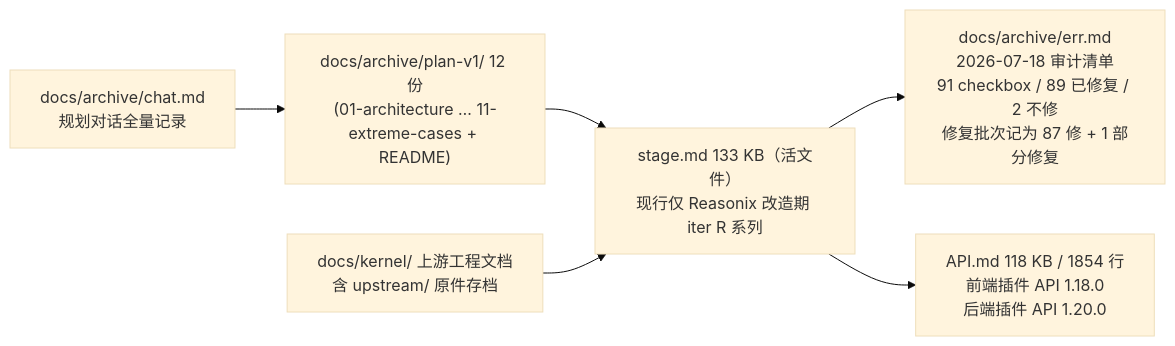
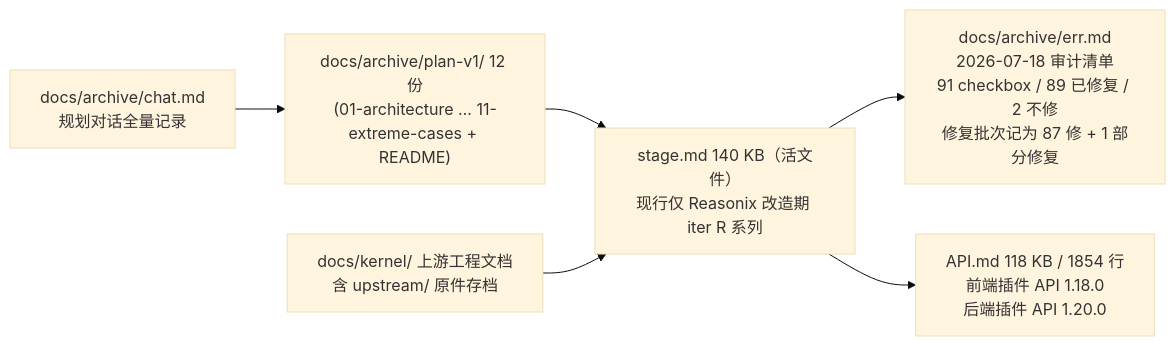
One commit to hershate/Deep-tutor changed the diagram in note/11-周边与工程化.md. Above: the diagram before and after it, drawn with Mermaid (base theme). The commit also changed other lines of this file and 13 other files, not shown here.

````diff
--- a/note/11-周边与工程化.md
+++ b/note/11-周边与工程化.md
@@ -128,8 +128,8 @@
 ```mermaid
 flowchart LR
     CHAT["docs/archive/chat.md<br/>规划对话全量记录"] --> PLAN["docs/archive/plan-v1/ 12 份<br/>(01-architecture … 11-extreme-cases + README)"]
-    PLAN --> STAGE["stage.md 133 KB（活文件）<br/>现行仅 Reasonix 改造期 iter R 系列"]
+    PLAN --> STAGE["stage.md 140 KB（活文件）<br/>现行仅 Reasonix 改造期 iter R 系列"]
     STAGE --> ERR["docs/archive/err.md<br/>2026-07-18 审计清单<br/>91 checkbox / 89 已修复 / 2 不修<br/>修复批次记为 87 修 + 1 部分修复"]
     STAGE --> DOC["API.md 118 KB / 1854 行<br/>前端插件 API 1.18.0<br/>后端插件 API 1.20.0"]
     KERNEL["docs/kernel/ 上游工程文档<br/>含 upstream/ 原件存档"] --> STAGE
 ```
````
